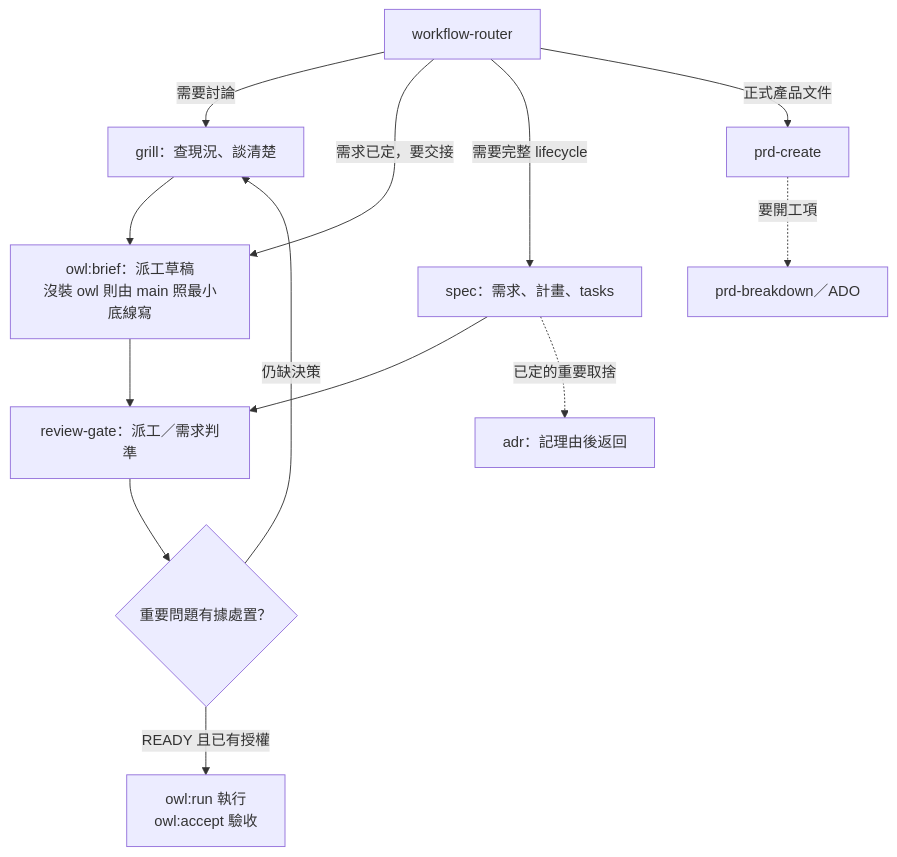
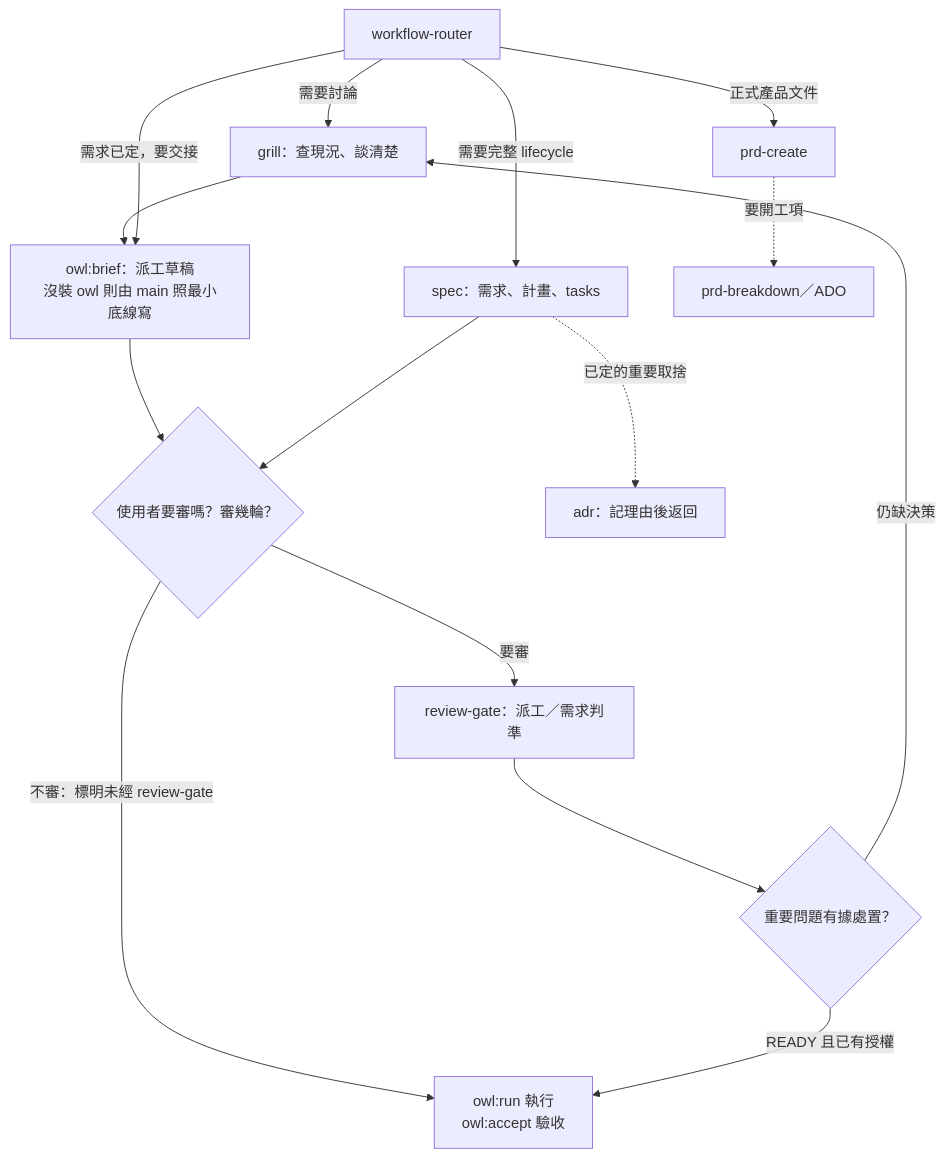
One commit to KerberosClaw/kc_ai_skills changed the first of 2 diagrams in workflow-router/docs/workflow.md. Above: the diagram before and after it, drawn with Mermaid. The commit also changed other lines of this file and 8 other files, not shown here.

First line of the commit message:
feat: review-gate 審不審、審幾輪改由 user 決定（spec／router／prd-create／review-gate） (#54)

````diff
--- a/workflow-router/docs/workflow.md
+++ b/workflow-router/docs/workflow.md
@@ -25,15 +25,17 @@
 ```mermaid
 flowchart TD
     R["workflow-router"] -->|需要討論| GR["grill：查現況、談清楚"]
     GR --> D["owl:brief：派工草稿<br/>沒裝 owl 則由 main 照最小底線寫"]
     R -->|需求已定，要交接| D
-    D --> RV["review-gate：派工／需求判準"]
+    D --> ASK{"使用者要審嗎？審幾輪？"}
+    ASK -->|要審| RV["review-gate：派工／需求判準"]
+    ASK -->|不審：標明未經 review-gate| E
     RV --> C{"重要問題有據處置？"}
     C -->|仍缺決策| GR
     C -->|READY 且已有授權| E["owl:run 執行<br/>owl:accept 驗收"]
     R -->|需要完整 lifecycle| S["spec：需求、計畫、tasks"]
-    S --> RV
+    S --> ASK
     R -->|正式產品文件| P["prd-create"]
     P -.->|要開工項| B["prd-breakdown／ADO"]
     S -.->|已定的重要取捨| AD["adr：記理由後返回"]
 ```
````
